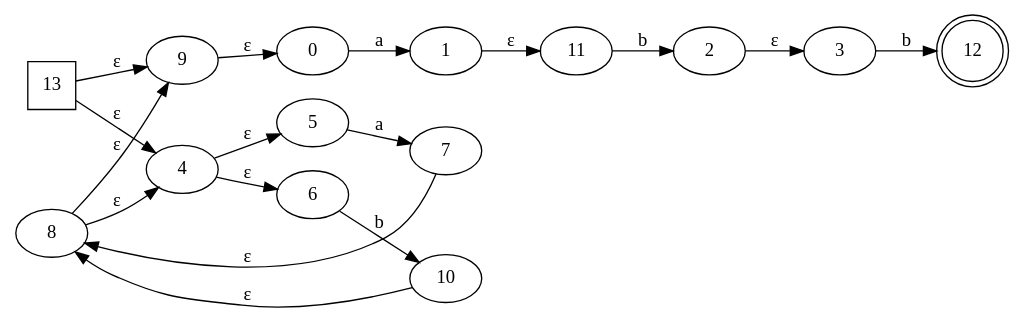
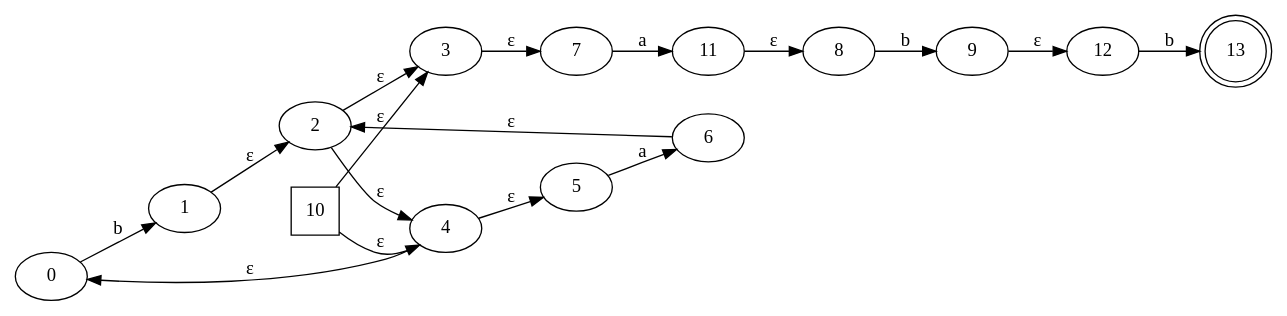
One commit to jav-ram/compis1 changed the diagram in graphs/afn.dot. Above: the diagram before and after it, drawn with Graphviz. The commit also changed 1 other file, not shown here.

```diff
--- a/graphs/afn.dot
+++ b/graphs/afn.dot
@@ -1,34 +1,34 @@
 digraph G {
 	rankdir=LR;
-	0->1[ label=a ];
+	0->1[ label=b ];
 	2->3[ label=ɛ ];
+	2->4[ label=ɛ ];
+	5->6[ label=a ];
+	3->7[ label=ɛ ];
+	8->9[ label=b ];
+	1->2[ label=ɛ ];
+	10->4[ label=ɛ ];
+	10->3[ label=ɛ ];
+	7->11[ label=a ];
 	4->5[ label=ɛ ];
-	4->6[ label=ɛ ];
-	7->8[ label=ɛ ];
-	8->9[ label=ɛ ];
-	8->4[ label=ɛ ];
-	10->8[ label=ɛ ];
-	11->2[ label=b ];
-	3->12[ label=b ];
-	6->10[ label=b ];
-	1->11[ label=ɛ ];
-	9->0[ label=ɛ ];
-	13->4[ label=ɛ ];
-	13->9[ label=ɛ ];
-	5->7[ label=a ];
+	4->0[ label=ɛ ];
+	6->2[ label=ɛ ];
+	11->8[ label=ɛ ];
+	12->13[ label=b ];
+	9->12[ label=ɛ ];
 	0;
 	1;
-	10;
+	10 [ shape=square ];
 	11;
-	12 [ shape=doublecircle ];
-	13 [ shape=square ];
+	12;
+	13 [ shape=doublecircle ];
 	2;
 	3;
 	4;
 	5;
 	6;
 	7;
 	8;
 	9;
 
 }
```
